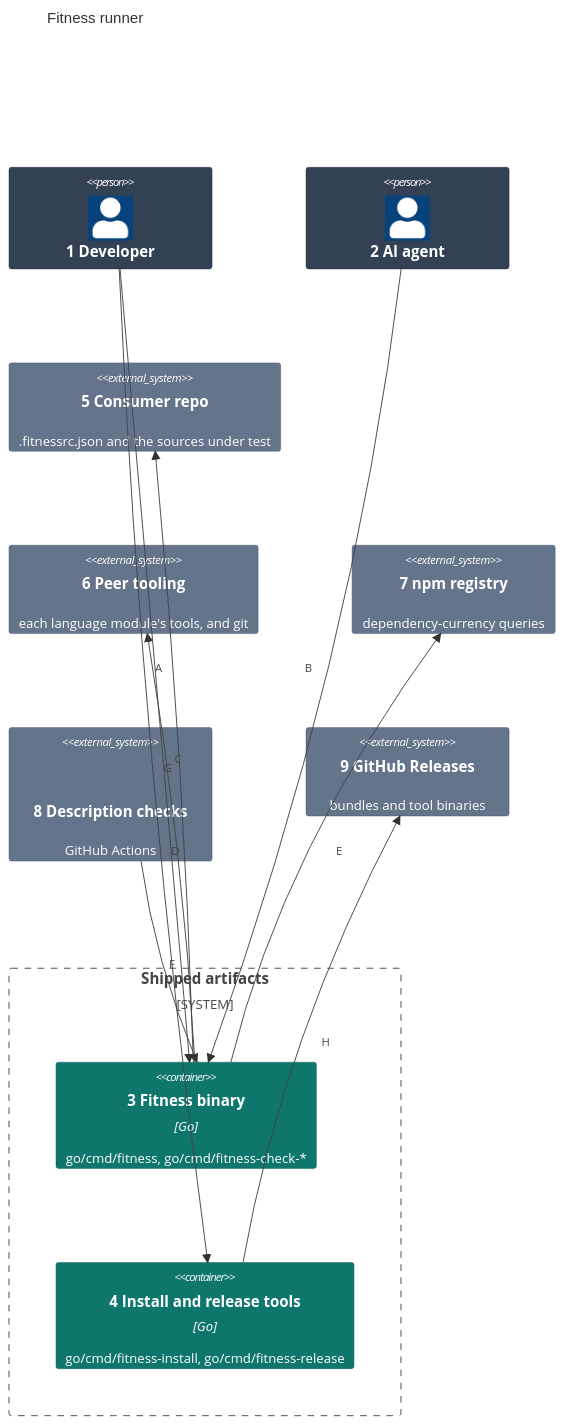
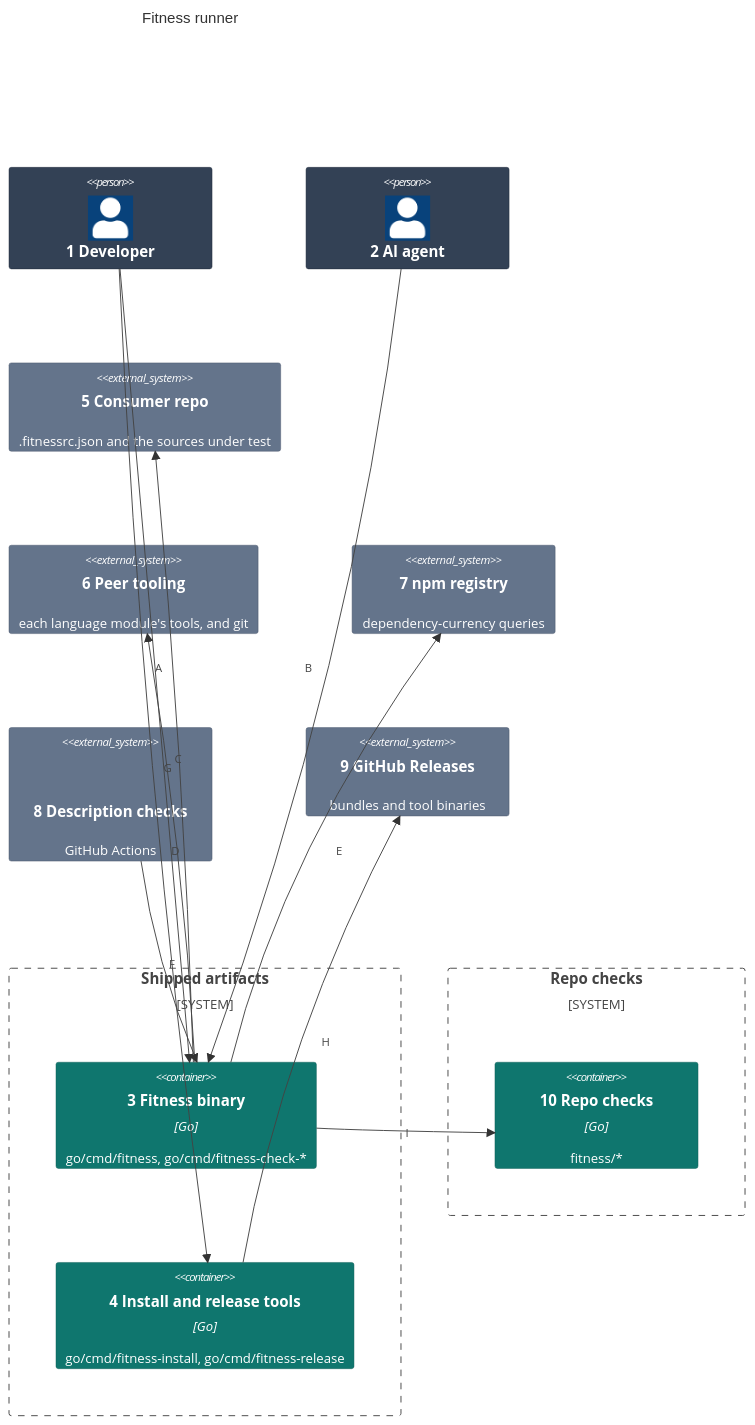
Before and after one commit to may-journal/fitness-runner: the first of 2 diagrams in docs/architecture/02-containers.md, drawn with Mermaid. The commit also changed other lines of this file and 112 other files, not shown here.

First line of the commit message:
feat(local-checks): run a repo's own checks from its fitness/ folder (#662)

````diff
--- a/docs/architecture/02-containers.md
+++ b/docs/architecture/02-containers.md
@@ -3,37 +3,43 @@
 ```mermaid
 C4Container
     title Fitness runner
 
     Person(developer, "1 Developer")
     Person(agent, "2 AI agent")
 
     System_Boundary(ship, "Shipped artifacts") {
         Container(cli, "3 Fitness binary", "Go", "go/cmd/fitness, go/cmd/fitness-check-*")
         Container(tools, "4 Install and release tools", "Go", "go/cmd/fitness-install, go/cmd/fitness-release")
+    }
+
+    System_Boundary(own, "Repo checks") {
+        Container(repo, "10 Repo checks", "Go", "fitness/*")
     }
 
     System_Ext(consumer, "5 Consumer repo", ".fitnessrc.json and the sources under test")
     System_Ext(peers, "6 Peer tooling", "each language module's tools, and git")
     System_Ext(registry, "7 npm registry", "dependency-currency queries")
     System_Ext(ci, "8 Description checks", "GitHub Actions", "issue-check and pr-check")
     System_Ext(releases, "9 GitHub Releases", "bundles and tool binaries")
 
     Rel(developer, cli, "A")
     Rel(agent, cli, "B")
     Rel(cli, consumer, "C")
     Rel(cli, peers, "D")
     Rel(cli, registry, "E")
     Rel(ci, cli, "F")
     Rel(developer, tools, "G")
     Rel(tools, releases, "H")
+    Rel(cli, repo, "I")
 
     UpdateElementStyle(developer, $bgColor="#334155", $borderColor="#1e293b", $fontColor="#ffffff")
     UpdateElementStyle(agent, $bgColor="#334155", $borderColor="#1e293b", $fontColor="#ffffff")
     UpdateElementStyle(cli, $bgColor="#0f766e", $borderColor="#115e59", $fontColor="#ffffff")
     UpdateElementStyle(tools, $bgColor="#0f766e", $borderColor="#115e59", $fontColor="#ffffff")
+    UpdateElementStyle(repo, $bgColor="#0f766e", $borderColor="#115e59", $fontColor="#ffffff")
     UpdateElementStyle(consumer, $bgColor="#64748b", $borderColor="#475569", $fontColor="#ffffff")
     UpdateElementStyle(peers, $bgColor="#64748b", $borderColor="#475569", $fontColor="#ffffff")
     UpdateElementStyle(registry, $bgColor="#64748b", $borderColor="#475569", $fontColor="#ffffff")
     UpdateElementStyle(ci, $bgColor="#64748b", $borderColor="#475569", $fontColor="#ffffff")
     UpdateElementStyle(releases, $bgColor="#64748b", $borderColor="#475569", $fontColor="#ffffff")
 ```
````
